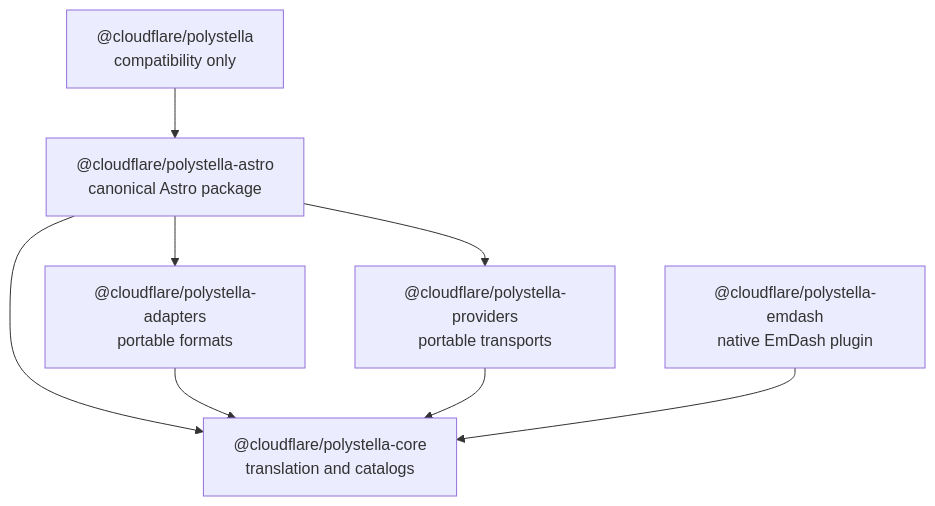
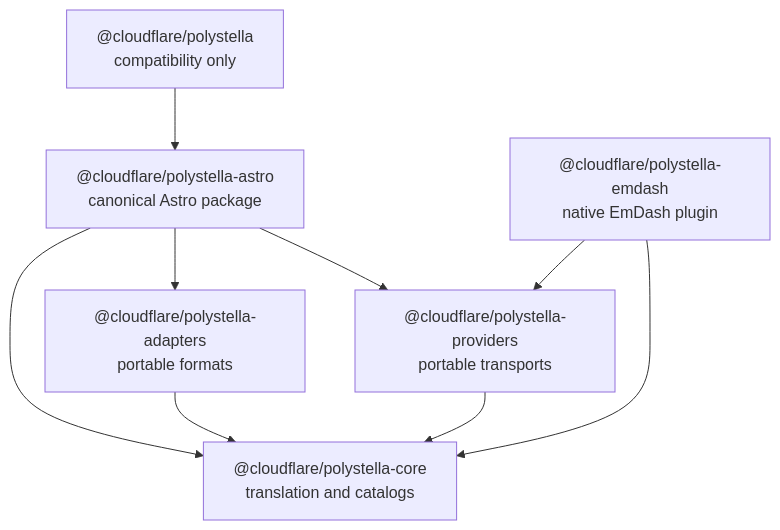
One commit to cloudflare/polystella changed the first of 3 diagrams in PACKAGE_ARCHITECTURE.md. Above: the diagram before and after it, drawn with Mermaid. The commit also changed other lines of this file and 22 other files, not shown here.

````diff
--- a/PACKAGE_ARCHITECTURE.md
+++ b/PACKAGE_ARCHITECTURE.md
@@ -14,10 +14,11 @@
 ```mermaid
 flowchart TD
   compat["@cloudflare/polystella<br/>compatibility only"] --> astro["@cloudflare/polystella-astro<br/>canonical Astro package"]
   astro --> adapters["@cloudflare/polystella-adapters<br/>portable formats"]
   astro --> providers["@cloudflare/polystella-providers<br/>portable transports"]
   astro --> core["@cloudflare/polystella-core<br/>translation and catalogs"]
   adapters --> core
   providers --> core
   emdash["@cloudflare/polystella-emdash<br/>native EmDash plugin"] --> core
+  emdash --> providers
 ```
````
